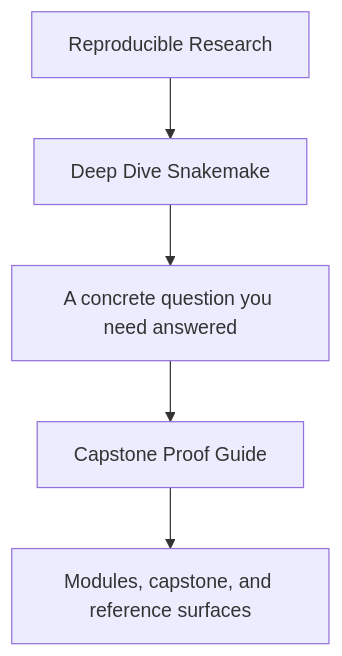
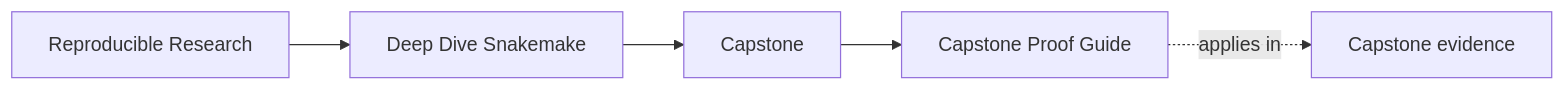
One commit to bijux/bijux-masterclass changed the first of 2 diagrams in programs/reproducible-research/deep-dive-snakemake/course-book/capstone/capstone-proof-guide.md. Above: the diagram before and after it, drawn with Mermaid. The commit also changed other lines of this file and 149 other files, not shown here.

Commit message:
docs(deep-dive-snakemake): map workflow proof and operations surfaces

````diff
--- a/programs/reproducible-research/deep-dive-snakemake/course-book/capstone/capstone-proof-guide.md
+++ b/programs/reproducible-research/deep-dive-snakemake/course-book/capstone/capstone-proof-guide.md
@@ -6,7 +6,11 @@
 ```mermaid
-flowchart TD
-  family["Reproducible Research"] --> program["Deep Dive Snakemake"]
-  program --> pressure["A concrete question you need answered"]
-  pressure --> guide["Capstone Proof Guide"]
-  guide --> next["Modules, capstone, and reference surfaces"]
+graph LR
+  family["Reproducible Research"]
+  program["Deep Dive Snakemake"]
+  section["Capstone"]
+  page["Capstone Proof Guide"]
+  capstone["Capstone evidence"]
+
+  family --> program --> section --> page
+  page -.applies in.-> capstone
 ```
````
